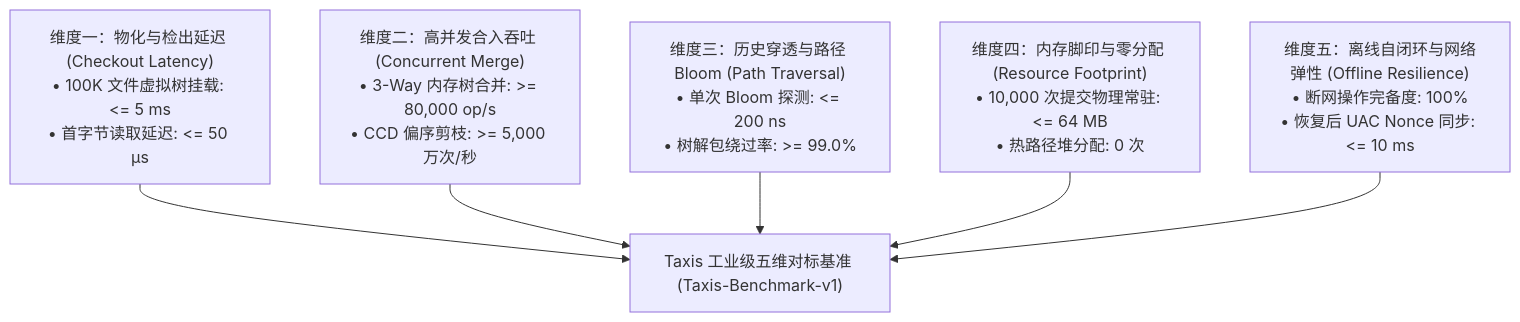
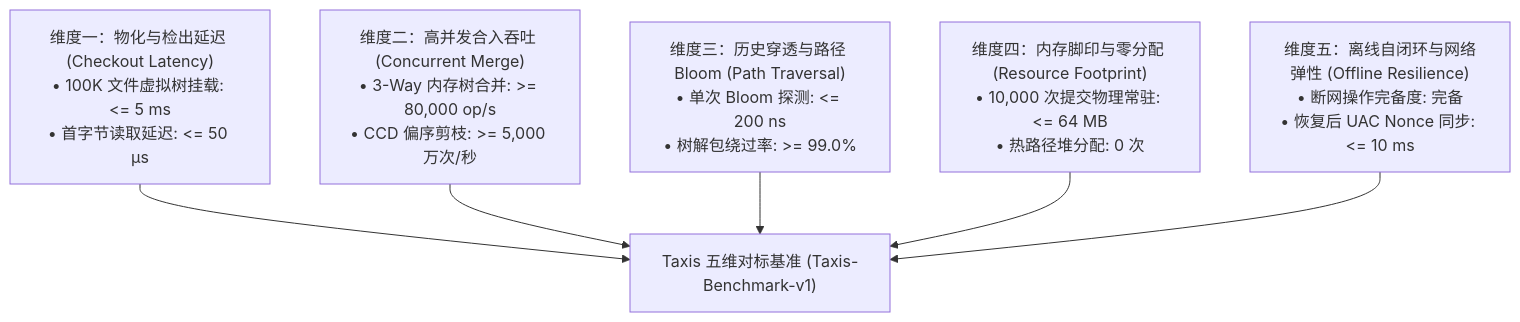
Before and after one commit to guilingzhouyi-creator/vscode-extensions: the third of 3 diagrams in fractal-git/docs/06-anthropic-scion-benchmark-and-parity-spec.md, drawn with Mermaid. The commit also changed other lines of this file and 20 other files, not shown here.

````diff
--- a/fractal-git/docs/06-anthropic-scion-benchmark-and-parity-spec.md
+++ b/fractal-git/docs/06-anthropic-scion-benchmark-and-parity-spec.md
@@ -88,14 +88,14 @@
 ```mermaid
 graph TD
     B1["维度一：物化与检出延迟 (Checkout Latency)<br/>• 100K 文件虚拟树挂载: <= 5 ms<br/>• 首字节读取延迟: <= 50 µs"]
     B2["维度二：高并发合入吞吐 (Concurrent Merge)<br/>• 3-Way 内存树合并: >= 80,000 op/s<br/>• CCD 偏序剪枝: >= 5,000 万次/秒"]
     B3["维度三：历史穿透与路径 Bloom (Path Traversal)<br/>• 单次 Bloom 探测: <= 200 ns<br/>• 树解包绕过率: >= 99.0%"]
     B4["维度四：内存脚印与零分配 (Resource Footprint)<br/>• 10,000 次提交物理常驻: <= 64 MB<br/>• 热路径堆分配: 0 次"]
-    B5["维度五：离线自闭环与网络弹性 (Offline Resilience)<br/>• 断网操作完备度: 100%<br/>• 恢复后 UAC Nonce 同步: <= 10 ms"]
+    B5["维度五：离线自闭环与网络弹性 (Offline Resilience)<br/>• 断网操作完备度: 完备<br/>• 恢复后 UAC Nonce 同步: <= 10 ms"]
 
-    B1 --> Suite["Taxis 工业级五维对标基准 (Taxis-Benchmark-v1)"]
+    B1 --> Suite["Taxis 五维对标基准 (Taxis-Benchmark-v1)"]
     B2 --> Suite
     B3 --> Suite
     B4 --> Suite
     B5 --> Suite
 ```
````
